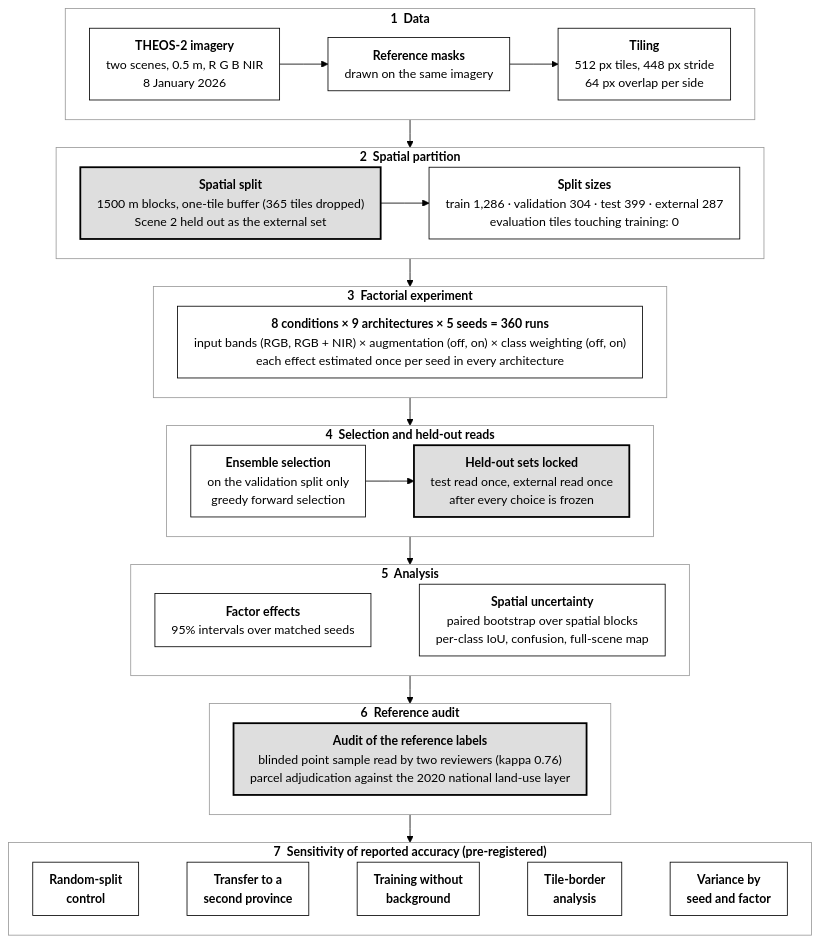
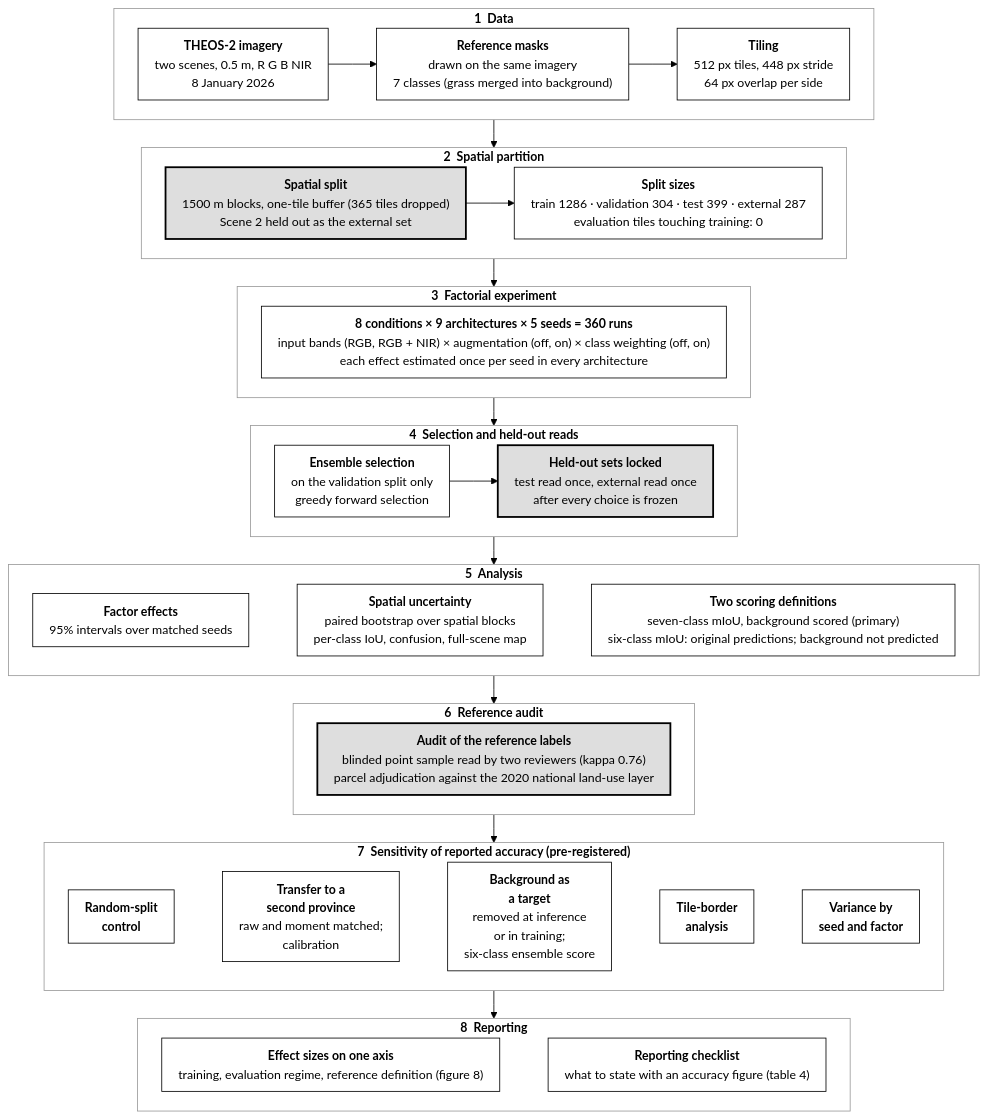
One commit to dookda/cmu_theos_paper1 changed the diagram in paper1/analysis/figure/fig_workflow.mmd. Above: the diagram before and after it, drawn with Mermaid. The commit also changed 1 other file, not shown here.

Commit message:
v1.0.0: Figure 2 workflow in eight stages (from d77243f)

```diff
--- a/paper1/analysis/figure/fig_workflow.mmd
+++ b/paper1/analysis/figure/fig_workflow.mmd
@@ -1,56 +1,64 @@
 %%{init: {'theme': 'base', 'flowchart': {'curve': 'linear', 'nodeSpacing': 28, 'rankSpacing': 34, 'htmlLabels': true, 'padding': 10, 'wrappingWidth': 900}, 'themeCSS': '.nodeLabel, .cluster-label, .label, span, p, b {font-family: Arial, Helvetica, sans-serif !important; color: #000000 !important; fill: #000000 !important;}', 'themeVariables': {'fontFamily': 'Arial, Helvetica, sans-serif', 'fontSize': '15px', 'primaryColor': '#ffffff', 'primaryTextColor': '#000000', 'primaryBorderColor': '#000000', 'lineColor': '#000000', 'clusterBkg': '#ffffff', 'clusterBorder': '#9a9a9a', 'titleColor': '#000000', 'edgeLabelBackground': '#ffffff'}}}%%
 flowchart TB
     subgraph S1["<b>1 &nbsp;Data</b>"]
         direction LR
         IMG["<b>THEOS-2 imagery</b><br/>two scenes, 0.5 m, R G B NIR<br/>8 January 2026"]
-        REF["<b>Reference masks</b><br/>drawn on the same imagery"]
+        REF["<b>Reference masks</b><br/>drawn on the same imagery<br/>7 classes (grass merged into background)"]
         TILE["<b>Tiling</b><br/>512 px tiles, 448 px stride<br/>64 px overlap per side"]
     end
     subgraph S2["<b>2 &nbsp;Spatial partition</b>"]
         direction LR
         SPLIT["<b>Spatial split</b><br/>1500 m blocks, one-tile buffer (365 tiles dropped)<br/>Scene 2 held out as the external set"]
-        COUNT["<b>Split sizes</b><br/>train 1,286 · validation 304 · test 399 · external 287<br/>evaluation tiles touching training: 0"]
+        COUNT["<b>Split sizes</b><br/>train 1286 · validation 304 · test 399 · external 287<br/>evaluation tiles touching training: 0"]
     end
     subgraph S3["<b>3 &nbsp;Factorial experiment</b>"]
         direction LR
         FACT["<b>8 conditions × 9 architectures × 5 seeds = 360 runs</b><br/>input bands (RGB, RGB + NIR) × augmentation (off, on) × class weighting (off, on)<br/>each effect estimated once per seed in every architecture"]
     end
     subgraph S4["<b>4 &nbsp;Selection and held-out reads</b>"]
         direction LR
         SEL["<b>Ensemble selection</b><br/>on the validation split only<br/>greedy forward selection"]
         LOCK["<b>Held-out sets locked</b><br/>test read once, external read once<br/>after every choice is frozen"]
     end
     subgraph S5["<b>5 &nbsp;Analysis</b>"]
         direction LR
         EFF["<b>Factor effects</b><br/>95% intervals over matched seeds"]
         UNC["<b>Spatial uncertainty</b><br/>paired bootstrap over spatial blocks<br/>per-class IoU, confusion, full-scene map"]
+        SCORE["<b>Two scoring definitions</b><br/>seven-class mIoU, background scored (primary)<br/>six-class mIoU: original predictions; background not predicted"]
     end
     subgraph S6["<b>6 &nbsp;Reference audit</b>"]
         direction LR
         AUDIT["<b>Audit of the reference labels</b><br/>blinded point sample read by two reviewers (kappa 0.76)<br/>parcel adjudication against the 2020 national land-use layer"]
     end
     subgraph S7["<b>7 &nbsp;Sensitivity of reported accuracy (pre-registered)</b>"]
         direction LR
         A1["<b>Random-split<br/>control</b>"]
-        A2["<b>Transfer to a<br/>second province</b>"]
-        A3["<b>Training without<br/>background</b>"]
+        A2["<b>Transfer to a<br/>second province</b><br/>raw and moment matched;<br/>calibration"]
+        A3["<b>Background as<br/>a target</b><br/>removed at inference<br/>or in training;<br/>six-class ensemble score"]
         A4["<b>Tile-border<br/>analysis</b>"]
         A5["<b>Variance by<br/>seed and factor</b>"]
+    end
+    subgraph S8["<b>8 &nbsp;Reporting</b>"]
+        direction LR
+        R1["<b>Effect sizes on one axis</b><br/>training, evaluation regime, reference definition (figure 8)"]
+        R2["<b>Reporting checklist</b><br/>what to state with an accuracy figure (table 4)"]
     end
     IMG --> REF --> TILE
     SPLIT --> COUNT
     SEL --> LOCK
-    S1 --> S2 --> S3 --> S4 --> S5 --> S6 --> S7
+    S1 --> S2 --> S3 --> S4 --> S5 --> S6 --> S7 --> S8
     A1 ~~~ A2 ~~~ A3 ~~~ A4 ~~~ A5
-    EFF ~~~ UNC
+    EFF ~~~ UNC ~~~ SCORE
+    R1 ~~~ R2
     classDef box fill:#ffffff,stroke:#000000,stroke-width:1px,color:#000000;
     classDef key fill:#dedede,stroke:#000000,stroke-width:2.2px,color:#000000;
-    class IMG,REF,TILE,COUNT,FACT,SEL,EFF,UNC,A1,A2,A3,A4,A5 box;
+    class IMG,REF,TILE,COUNT,FACT,SEL,EFF,UNC,SCORE,A1,A2,A3,A4,A5,R1,R2 box;
     class SPLIT,LOCK,AUDIT key;
     style S1 fill:#ffffff,stroke:#9a9a9a,stroke-width:1px,color:#000000
     style S2 fill:#ffffff,stroke:#9a9a9a,stroke-width:1px,color:#000000
     style S3 fill:#ffffff,stroke:#9a9a9a,stroke-width:1px,color:#000000
     style S4 fill:#ffffff,stroke:#9a9a9a,stroke-width:1px,color:#000000
     style S5 fill:#ffffff,stroke:#9a9a9a,stroke-width:1px,color:#000000
     style S6 fill:#ffffff,stroke:#9a9a9a,stroke-width:1px,color:#000000
     style S7 fill:#ffffff,stroke:#9a9a9a,stroke-width:1px,color:#000000
+    style S8 fill:#ffffff,stroke:#9a9a9a,stroke-width:1px,color:#000000
```
